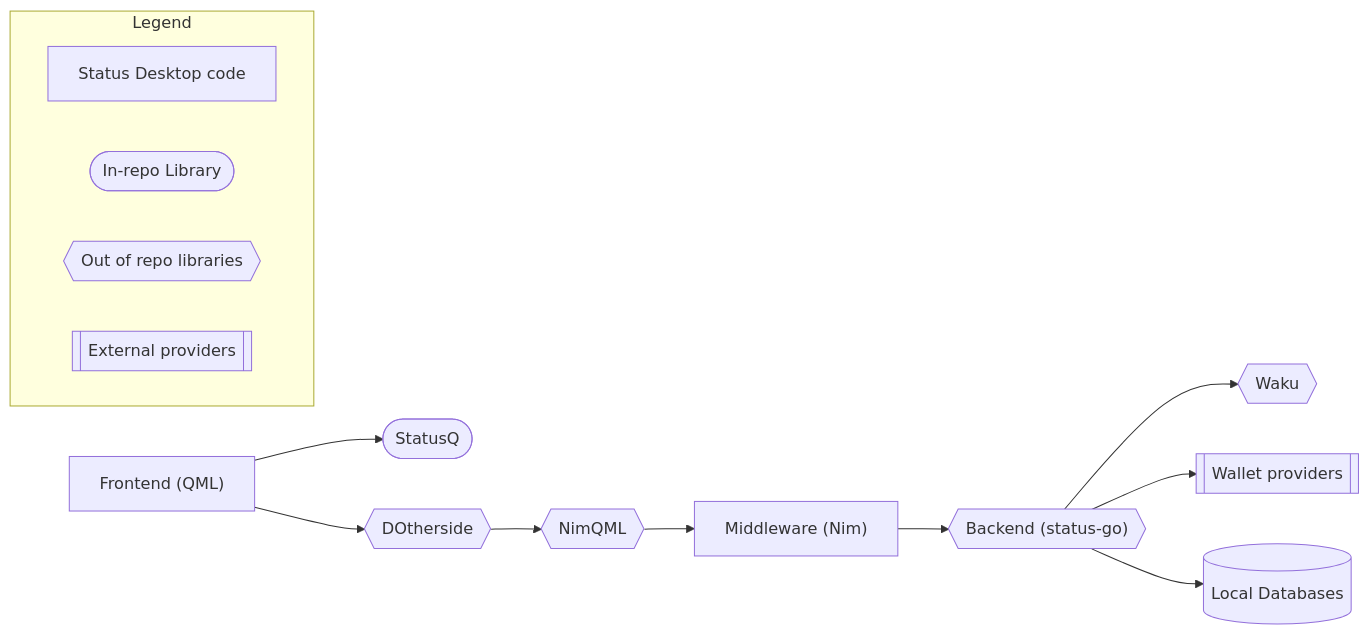
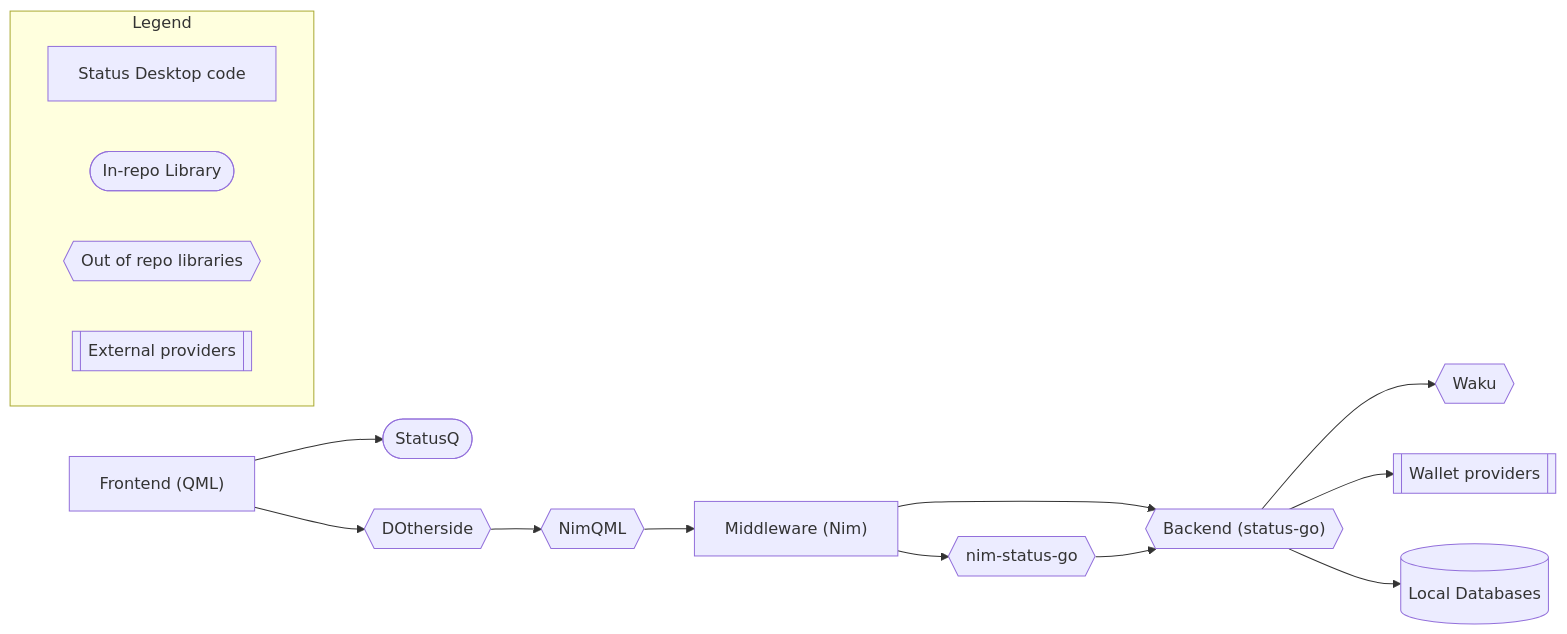
One commit to status-im/status-desktop changed the diagram in docs/architecture.md. Above: the diagram before and after it, drawn with Mermaid.

Commit message:
add nim-status-go box and links

````diff
--- a/docs/architecture.md
+++ b/docs/architecture.md
@@ -11,25 +11,28 @@
 ```mermaid
 flowchart LR
     qml["Frontend (QML)"] --> statusq(["StatusQ"])
     qml --> dotherside{{"DOtherside"}}
     dotherside --> nimqml{{"NimQML"}}
     nimqml --> nim["Middleware (Nim)"]
     nim --> statusgo{{"Backend (status-go)"}}
+    nim --> nimstatusgo{{"nim-status-go"}}
+    nimstatusgo --> statusgo
     statusgo --> waku{{"Waku"}}
     statusgo --> providers[["Wallet providers"]]
     statusgo --> db[(Local Databases)]
     subgraph Legend
       direction LR
       box["Status Desktop code"]
       roundedbox(["In-repo Library"])
       hexagon{{"Out of repo libraries"}}
       barbox[["External providers"]]
     end
     click qml "https://github.com/status-im/status-desktop/tree/master/ui" "Link to the UI folder containing the QML code"
     click statusq "https://github.com/status-im/status-desktop/tree/master/ui/StatusQ" "Link to the StatusQ folder"
     click dotherside "https://github.com/status-im/dotherside" "Link to the DOtherSide repo"
     click nimqml "https://github.com/status-im/nimqml" "Link to the NimQML repo"
     click nim "https://github.com/status-im/status-desktop/tree/master/src" "Link to the Nim code"
     click statusgo "https://github.com/status-im/status-go" "Link to the Status-Go repo"
     click waku "https://github.com/waku-org" "Link to the Waku org"
+    click nimstatusgo "https://github.com/status-im/nim-status-go" "Link to nim-status-go repo"
 ```
````
